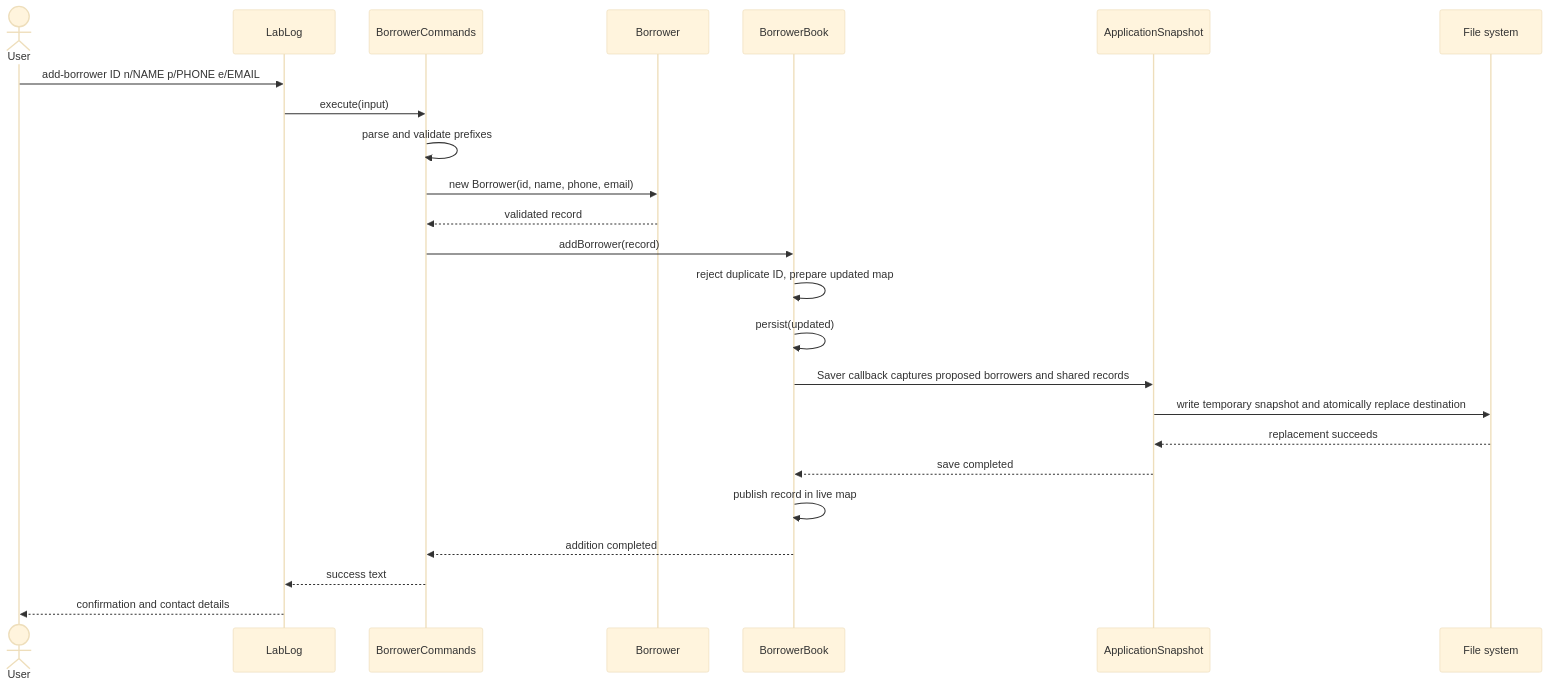
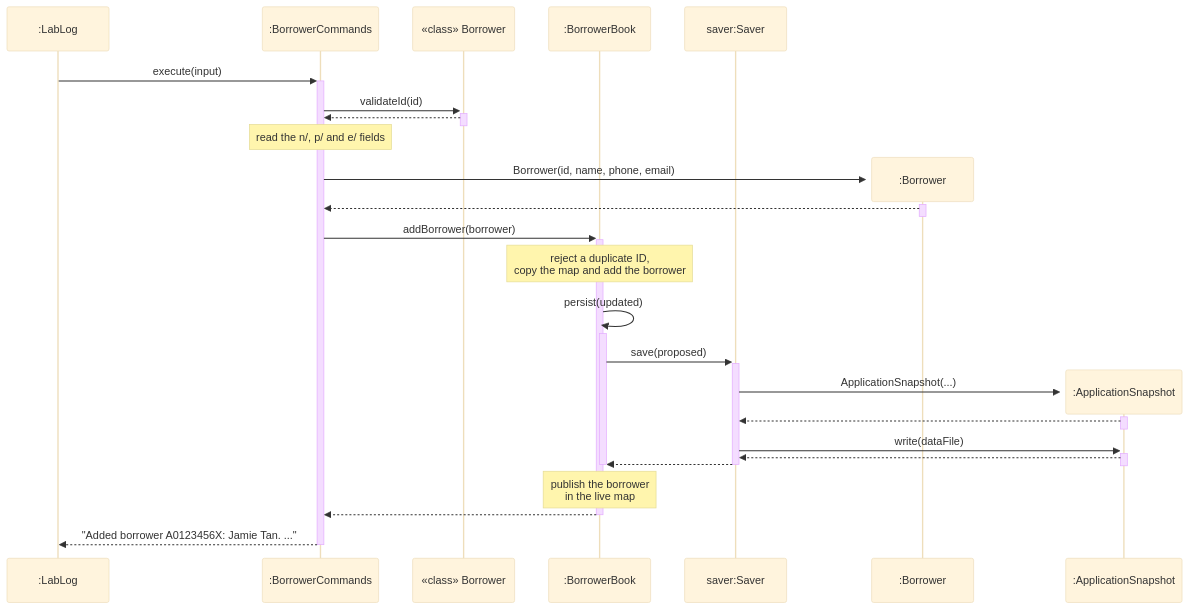
The seventh of 14 diagrams in docs/DeveloperGuide.md (AY2627S1-CS2113-W13-3/tp), drawn with Mermaid (base theme) before and after one commit. The commit also changed other lines of this file and 6 other files, not shown here.

````diff
--- a/docs/DeveloperGuide.md
+++ b/docs/DeveloperGuide.md
@@ -139,26 +419,29 @@
 ```mermaid
 sequenceDiagram
-    actor User
-    participant CLI as LabLog
-    participant Commands as BorrowerCommands
-    participant Record as Borrower
-    participant Book as BorrowerBook
-    participant Snapshot as ApplicationSnapshot
-    participant Disk as File system
-    User->>CLI: add-borrower ID n/NAME p/PHONE e/EMAIL
-    CLI->>Commands: execute(input)
-    Commands->>Commands: parse and validate prefixes
-    Commands->>Record: new Borrower(id, name, phone, email)
-    Record-->>Commands: validated record
-    Commands->>Book: addBorrower(record)
-    Book->>Book: reject duplicate ID, prepare updated map
-    Book->>Book: persist(updated)
-    Book->>Snapshot: Saver callback captures proposed borrowers and shared records
-    Snapshot->>Disk: write temporary snapshot and atomically replace destination
-    Disk-->>Snapshot: replacement succeeds
-    Snapshot-->>Book: save completed
-    Book->>Book: publish record in live map
-    Book-->>Commands: addition completed
-    Commands-->>CLI: success text
-    CLI-->>User: confirmation and contact details
+    participant L as :LabLog
+    participant C as :BorrowerCommands
+    participant V as «class» Borrower
+    participant B as :BorrowerBook
+    participant S as saver:Saver
+    L->>+C: execute(input)
+    C->>+V: validateId(id)
+    V-->>-C: 
+    Note over C: read the n/, p/ and e/ fields
+    create participant R as :Borrower
+    C->>+R: Borrower(id, name, phone, email)
+    R-->>-C: 
+    C->>+B: addBorrower(borrower)
+    Note over B: reject a duplicate ID,<br/>copy the map and add the borrower
+    B->>+B: persist(updated)
+    B->>+S: save(proposed)
+    create participant A as :ApplicationSnapshot
+    S->>+A: ApplicationSnapshot(...)
+    A-->>-S: 
+    S->>+A: write(dataFile)
+    A-->>-S: 
+    S-->>-B: 
+    deactivate B
+    Note over B: publish the borrower<br/>in the live map
+    B-->>-C: 
+    C-->>-L: "Added borrower A0123456X: Jamie Tan. ..."
 ```
````
